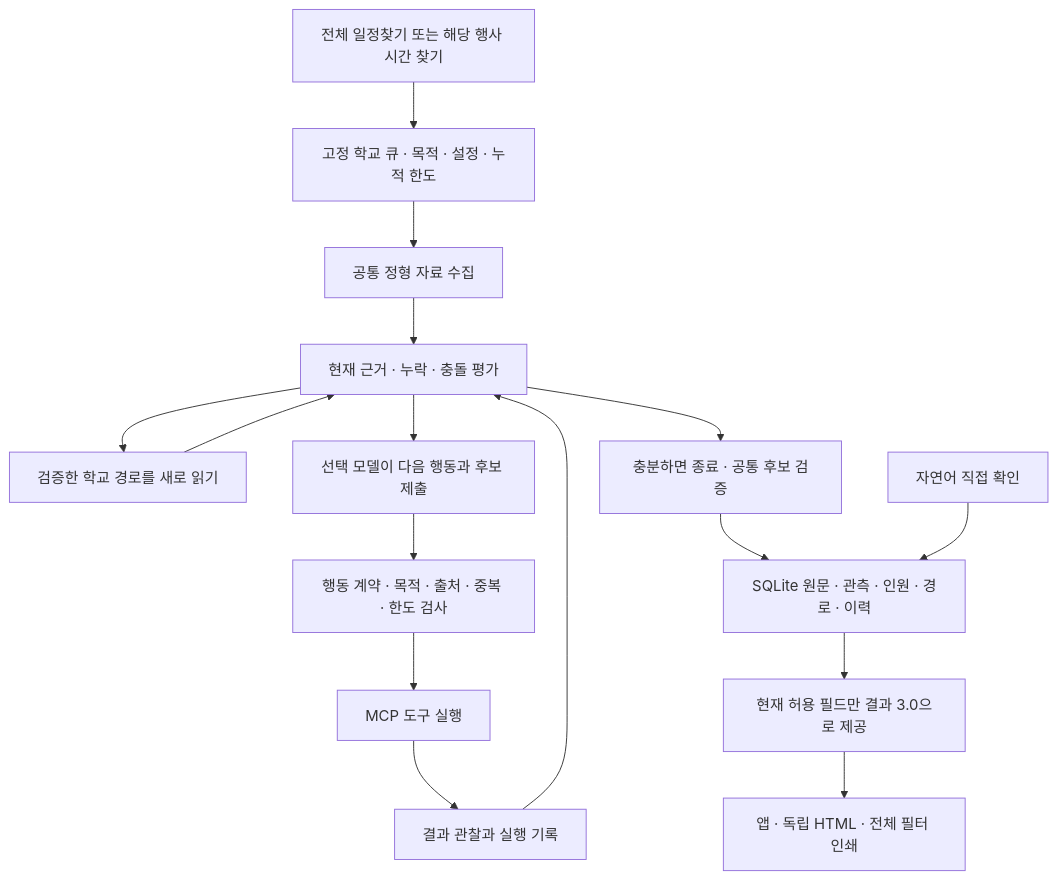
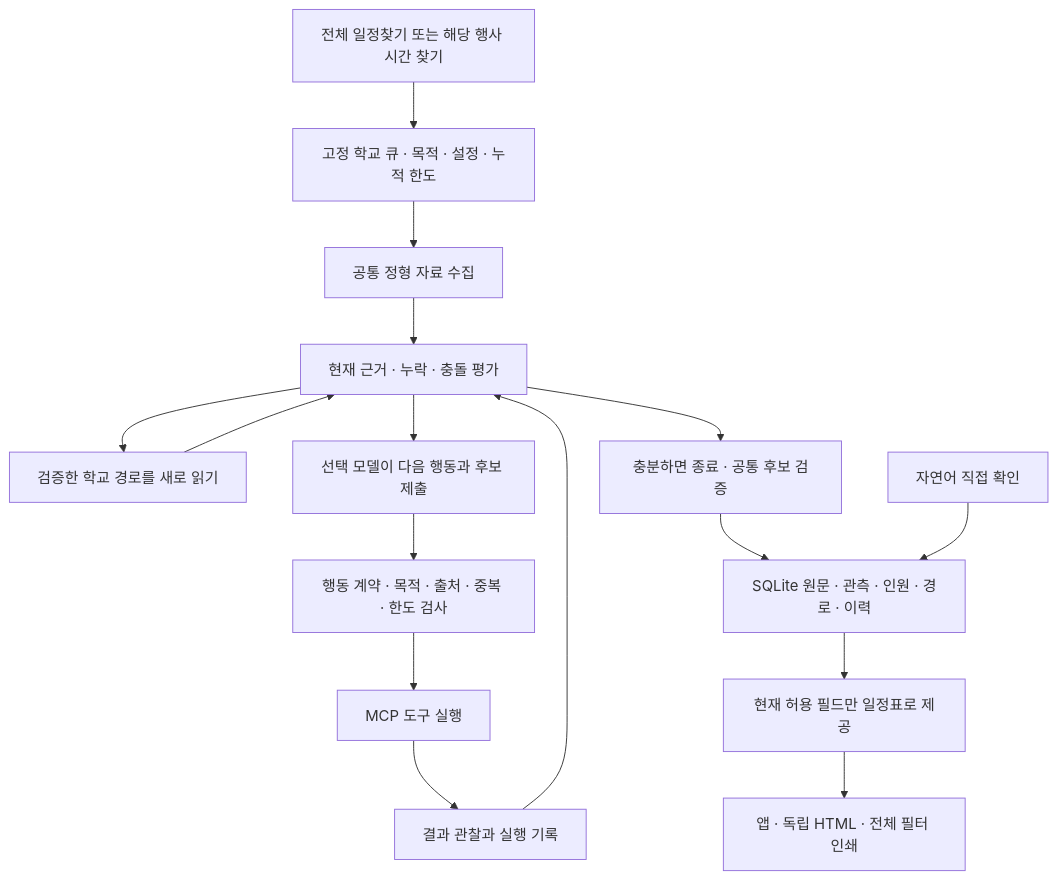
Before and after one commit to huizoo/gwangju-graduation-search-agent: the diagram in docs/ARCHITECTURE.md, drawn with Mermaid. The commit also changed other lines of this file and 4 other files, not shown here.

````diff
--- a/docs/ARCHITECTURE.md
+++ b/docs/ARCHITECTURE.md
@@ -7,18 +7,18 @@
 ```mermaid
 flowchart TD
   U[전체 일정찾기 또는 해당 행사 시간 찾기] --> J[고정 학교 큐 · 목적 · 설정 · 누적 한도]
   J --> S[공통 정형 자료 수집]
   S --> E[현재 근거 · 누락 · 충돌 평가]
   E --> R[검증한 학교 경로를 새로 읽기]
   R --> E
   E --> A[선택 모델이 다음 행동과 후보 제출]
   A --> C[행동 계약 · 목적 · 출처 · 중복 · 한도 검사]
   C --> T[MCP 도구 실행]
   T --> O[결과 관찰과 실행 기록]
   O --> E
   E --> V[충분하면 종료 · 공통 후보 검증]
   V --> D[SQLite 원문 · 관측 · 인원 · 경로 · 이력]
   N[자연어 직접 확인] --> D
-  D --> P[현재 허용 필드만 결과 3.0으로 제공]
+  D --> P[현재 허용 필드만 일정표로 제공]
   P --> UI[앱 · 독립 HTML · 전체 필터 인쇄]
 ```
````
